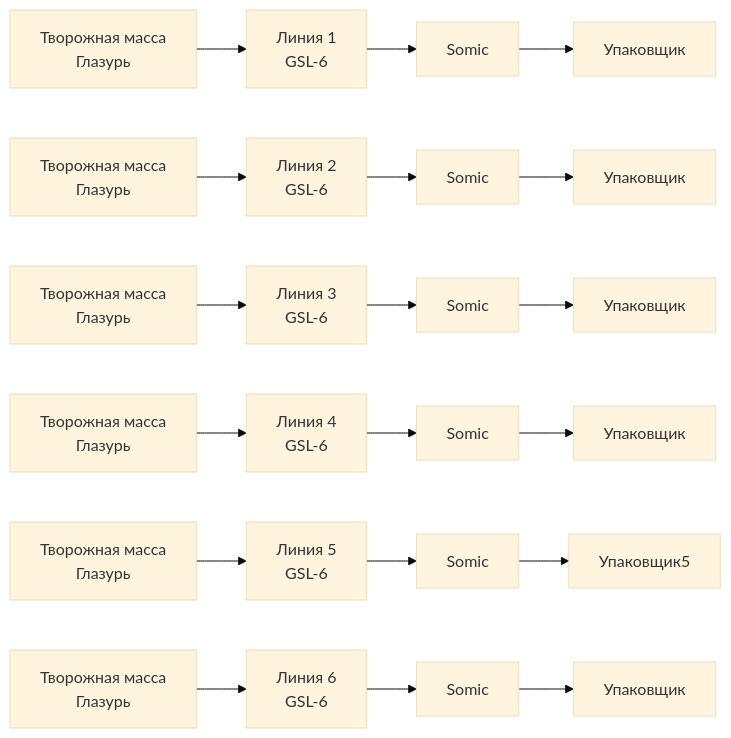
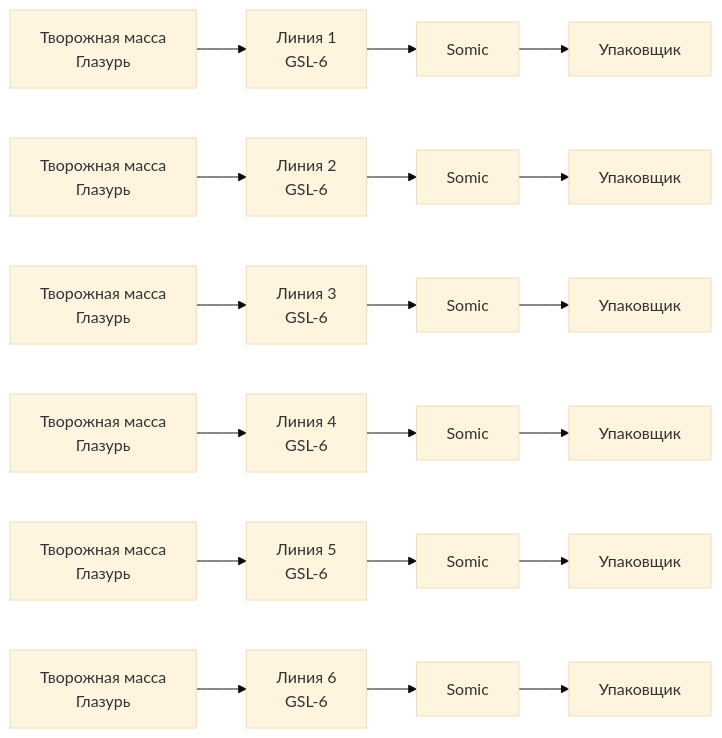
The diagram in docs/readme_model.md (savushkin-r-d/PJS_Glase_cheeses), drawn with Mermaid (base theme) before and after one commit.

````diff
--- a/docs/readme_model.md
+++ b/docs/readme_model.md
@@ -5,57 +5,57 @@
 ```mermaid
 %%{init: {"flowchart": {"htmlLabels": false}} }%%
 flowchart LR
     глазурь1["`Творожная масса
     Глазурь`"]
     Линия1["`Линия 1 
     GSL-6
     `"]
     Somic1["`Somic`"]
     Упаковщик1["`Упаковщик`"]
     глазурь1 --> Линия1-->Somic1-->Упаковщик1
 
     глазурь2["`Творожная масса
     Глазурь`"]
     Линия2["`Линия 2
     GSL-6
     `"]
     Somic2["`Somic`"]
     Упаковщик2["`Упаковщик`"]
     глазурь2 --> Линия2-->Somic2-->Упаковщик2
 
     глазурь3["`Творожная масса
     Глазурь`"]
     Линия3["`Линия 3
     GSL-6
     `"]
     Somic3["`Somic`"]
     Упаковщик3["`Упаковщик`"]
     глазурь3 --> Линия3-->Somic3-->Упаковщик3
 
     глазурь4["`Творожная масса
     Глазурь`"]
     Линия4["`Линия 4
     GSL-6
     `"]
     Somic4["`Somic`"]
     Упаковщик4["`Упаковщик`"]
     глазурь4 --> Линия4-->Somic4-->Упаковщик4
 
     глазурь5["`Творожная масса
     Глазурь`"]
     Линия5["`Линия 5
     GSL-6
     `"]
     Somic5["`Somic`"]
-    Упаковщик2["`Упаковщик`"]
+    Упаковщик5["`Упаковщик`"]
     глазурь5 --> Линия5-->Somic5-->Упаковщик5
 
     глазурь6["`Творожная масса
     Глазурь`"]
     Линия6["`Линия 6
     GSL-6
     `"]
     Somic6["`Somic`"]
     Упаковщик6["`Упаковщик`"]
     глазурь6 --> Линия6-->Somic6-->Упаковщик6
 ```
````
